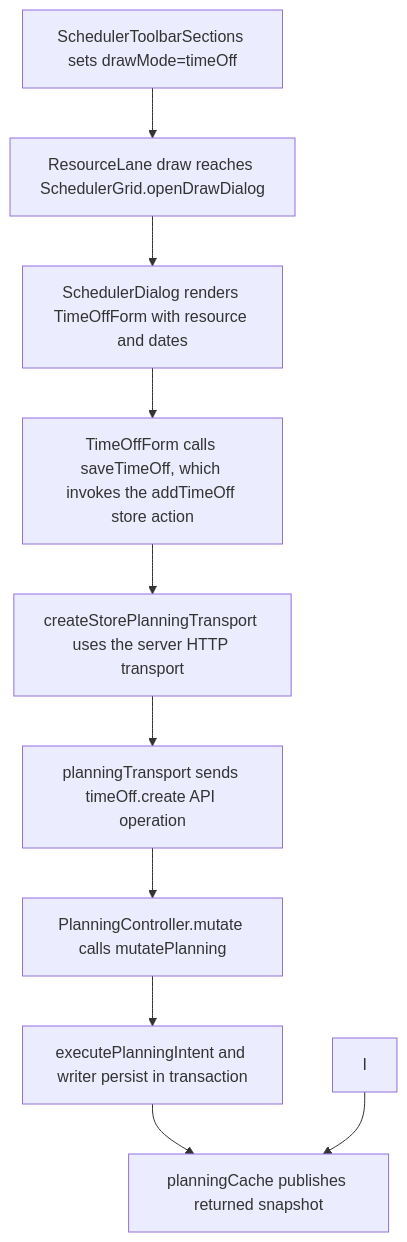
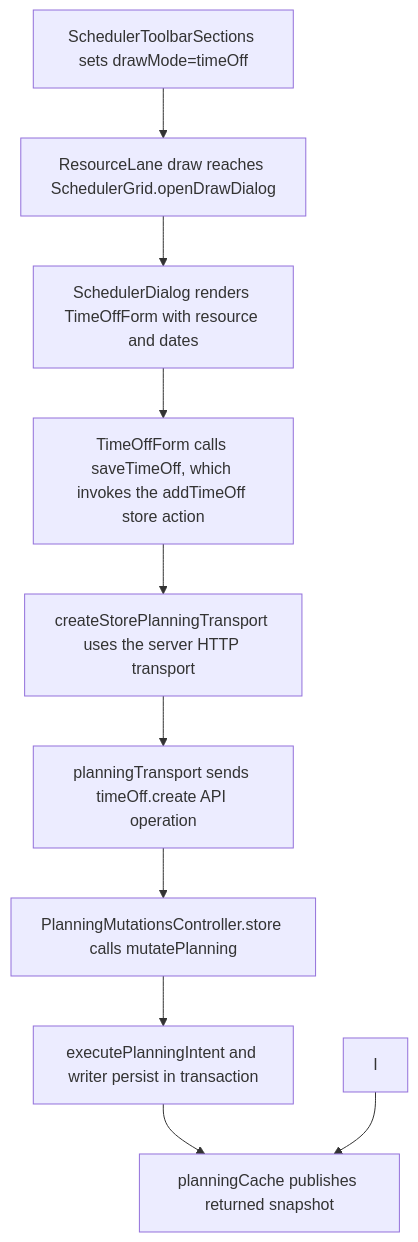
Before and after one commit to Kevinjohn/capacitylens: the second of 2 diagrams in user-stories/scheduler/US-SCH-03-draw-time-off.md, drawn with Mermaid. The commit also changed other lines of this file and 139 other files, not shown here.

````diff
--- a/user-stories/scheduler/US-SCH-03-draw-time-off.md
+++ b/user-stories/scheduler/US-SCH-03-draw-time-off.md
@@ -39,12 +39,12 @@
 ```mermaid
 flowchart TD
   A["SchedulerToolbarSections sets drawMode=timeOff"] --> B["ResourceLane draw reaches SchedulerGrid.openDrawDialog"]
   B --> C["SchedulerDialog renders TimeOffForm with resource and dates"]
   C --> D["TimeOffForm calls saveTimeOff, which invokes the addTimeOff store action"]
   D --> E["createStorePlanningTransport uses the server HTTP transport"]
   E --> F["planningTransport sends timeOff.create API operation"]
-  F --> G["PlanningController.mutate calls mutatePlanning"]
+  F --> G["PlanningMutationsController.store calls mutatePlanning"]
   G --> H["executePlanningIntent and writer persist in transaction"]
   H --> J["planningCache publishes returned snapshot"]
   I --> J
 ```
````
